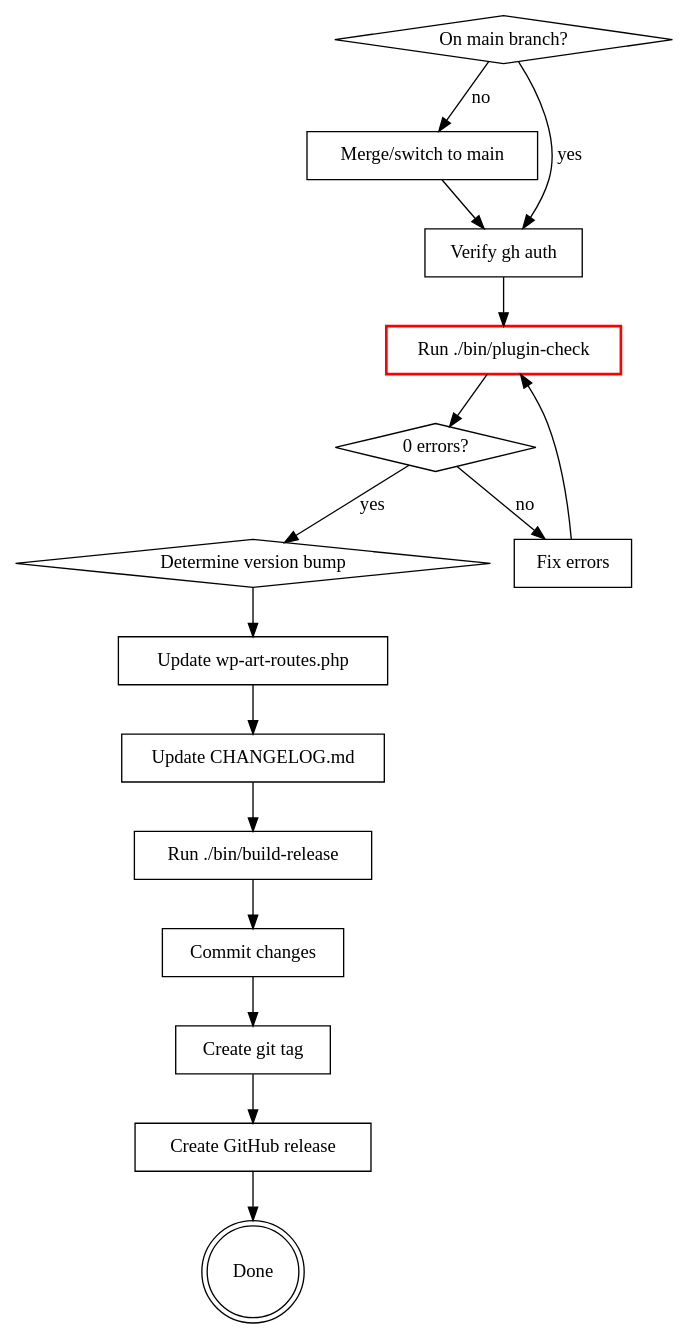
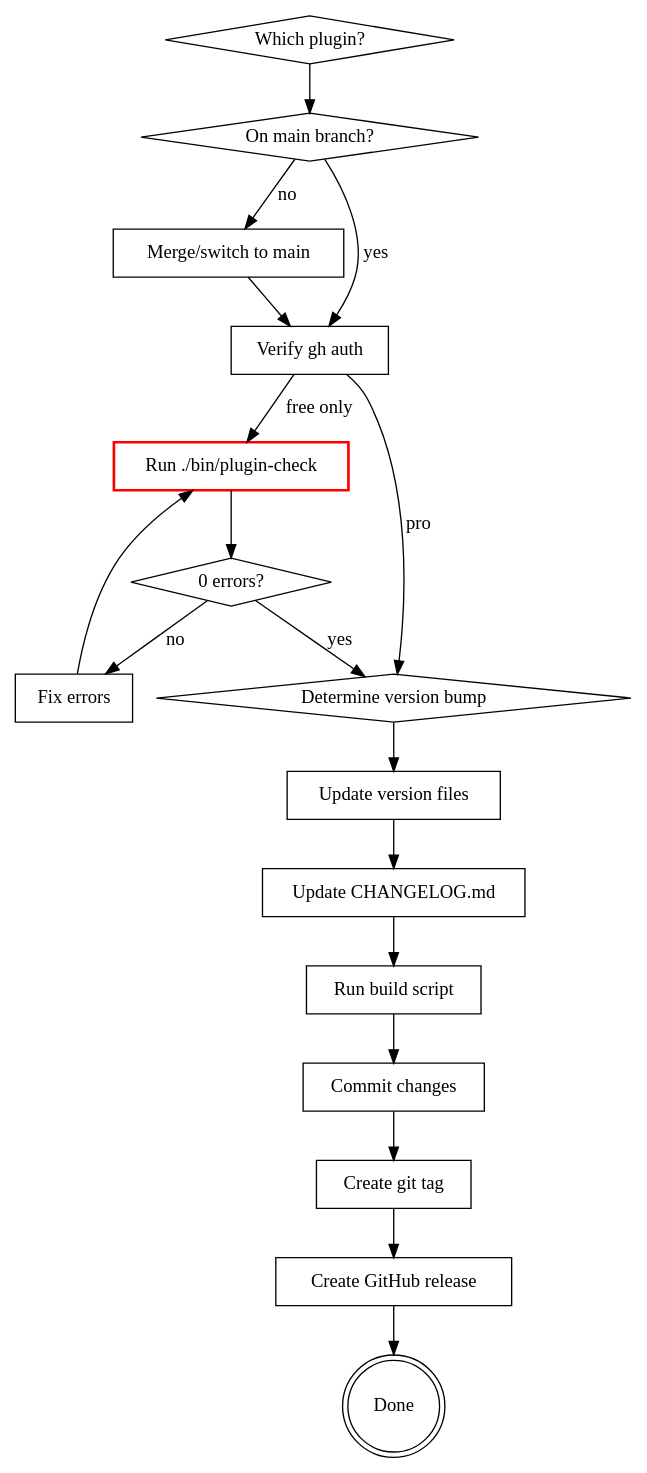
One commit to Koko-Koding/art-routes changed the diagram in .claude/skills/release/SKILL.md. Above: the diagram before and after it, drawn with Graphviz. The commit also changed other lines of this file and 204 other files, not shown here.

````diff
--- a/.claude/skills/release/SKILL.md
+++ b/.claude/skills/release/SKILL.md
@@ -32,34 +51,37 @@
 ```dot
 digraph release_flow {
+    "Which plugin?" [shape=diamond];
     "On main branch?" [shape=diamond];
     "Merge/switch to main" [shape=box];
     "Verify gh auth" [shape=box];
     "Run ./bin/plugin-check" [shape=box, style=bold, color=red];
     "0 errors?" [shape=diamond];
     "Fix errors" [shape=box];
     "Determine version bump" [shape=diamond];
-    "Update wp-art-routes.php" [shape=box];
+    "Update version files" [shape=box];
     "Update CHANGELOG.md" [shape=box];
-    "Run ./bin/build-release" [shape=box];
+    "Run build script" [shape=box];
     "Commit changes" [shape=box];
     "Create git tag" [shape=box];
     "Create GitHub release" [shape=box];
     "Done" [shape=doublecircle];
 
+    "Which plugin?" -> "On main branch?";
     "On main branch?" -> "Merge/switch to main" [label="no"];
     "On main branch?" -> "Verify gh auth" [label="yes"];
     "Merge/switch to main" -> "Verify gh auth";
-    "Verify gh auth" -> "Run ./bin/plugin-check";
+    "Verify gh auth" -> "Run ./bin/plugin-check" [label="free only"];
+    "Verify gh auth" -> "Determine version bump" [label="pro"];
     "Run ./bin/plugin-check" -> "0 errors?";
     "0 errors?" -> "Fix errors" [label="no"];
     "Fix errors" -> "Run ./bin/plugin-check";
     "0 errors?" -> "Determine version bump" [label="yes"];
-    "Determine version bump" -> "Update wp-art-routes.php";
-    "Update wp-art-routes.php" -> "Update CHANGELOG.md";
-    "Update CHANGELOG.md" -> "Run ./bin/build-release";
-    "Run ./bin/build-release" -> "Commit changes";
+    "Determine version bump" -> "Update version files";
+    "Update version files" -> "Update CHANGELOG.md";
+    "Update CHANGELOG.md" -> "Run build script";
+    "Run build script" -> "Commit changes";
     "Commit changes" -> "Create git tag";
     "Create git tag" -> "Create GitHub release";
     "Create GitHub release" -> "Done";
 }
 ```
````
